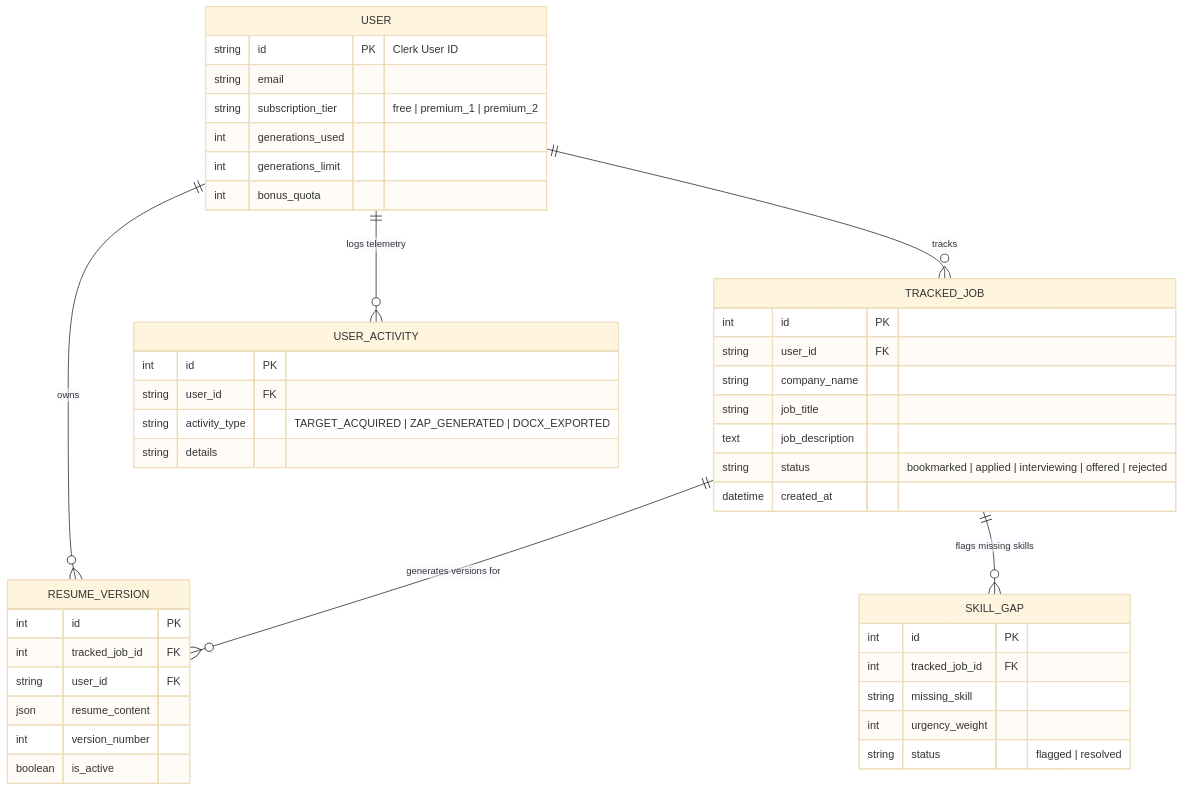
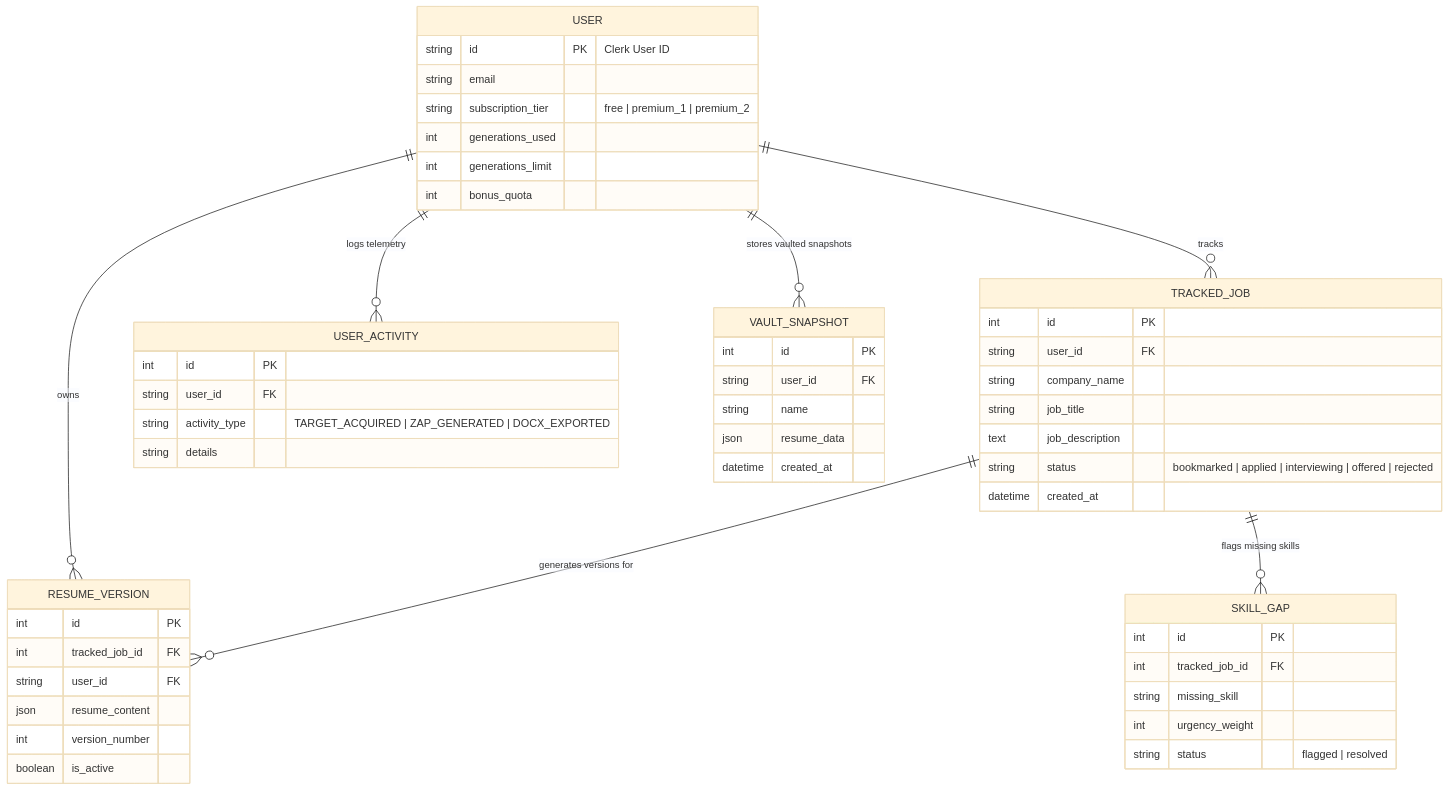
One commit to daikendy/ResuMaxxing-Architecure changed the second of 2 diagrams in README.md. Above: the diagram before and after it, drawn with Mermaid (base theme). The commit also changed other lines of this file, not shown here.

````diff
--- a/README.md
+++ b/README.md
@@ -113,51 +128,60 @@
 ```mermaid
 erDiagram
     USER ||--o{ TRACKED_JOB : "tracks"
     USER ||--o{ RESUME_VERSION : "owns"
     USER ||--o{ USER_ACTIVITY : "logs telemetry"
+    USER ||--o{ VAULT_SNAPSHOT : "stores vaulted snapshots"
     TRACKED_JOB ||--o{ RESUME_VERSION : "generates versions for"
     TRACKED_JOB ||--o{ SKILL_GAP : "flags missing skills"
 
     USER {
         string id PK "Clerk User ID"
         string email
         string subscription_tier "free | premium_1 | premium_2"
         int generations_used
         int generations_limit
         int bonus_quota
     }
 
     TRACKED_JOB {
         int id PK
         string user_id FK
         string company_name
         string job_title
         text job_description
         string status "bookmarked | applied | interviewing | offered | rejected"
         datetime created_at
     }
 
     RESUME_VERSION {
         int id PK
         int tracked_job_id FK
         string user_id FK
         json resume_content
         int version_number
         boolean is_active
     }
 
     SKILL_GAP {
         int id PK
         int tracked_job_id FK
         string missing_skill
         int urgency_weight
         string status "flagged | resolved"
     }
 
+    VAULT_SNAPSHOT {
+        int id PK
+        string user_id FK
+        string name
+        json resume_data
+        datetime created_at
+    }
+
     USER_ACTIVITY {
         int id PK
         string user_id FK
         string activity_type "TARGET_ACQUIRED | ZAP_GENERATED | DOCX_EXPORTED"
         string details
     }
 ```
````
